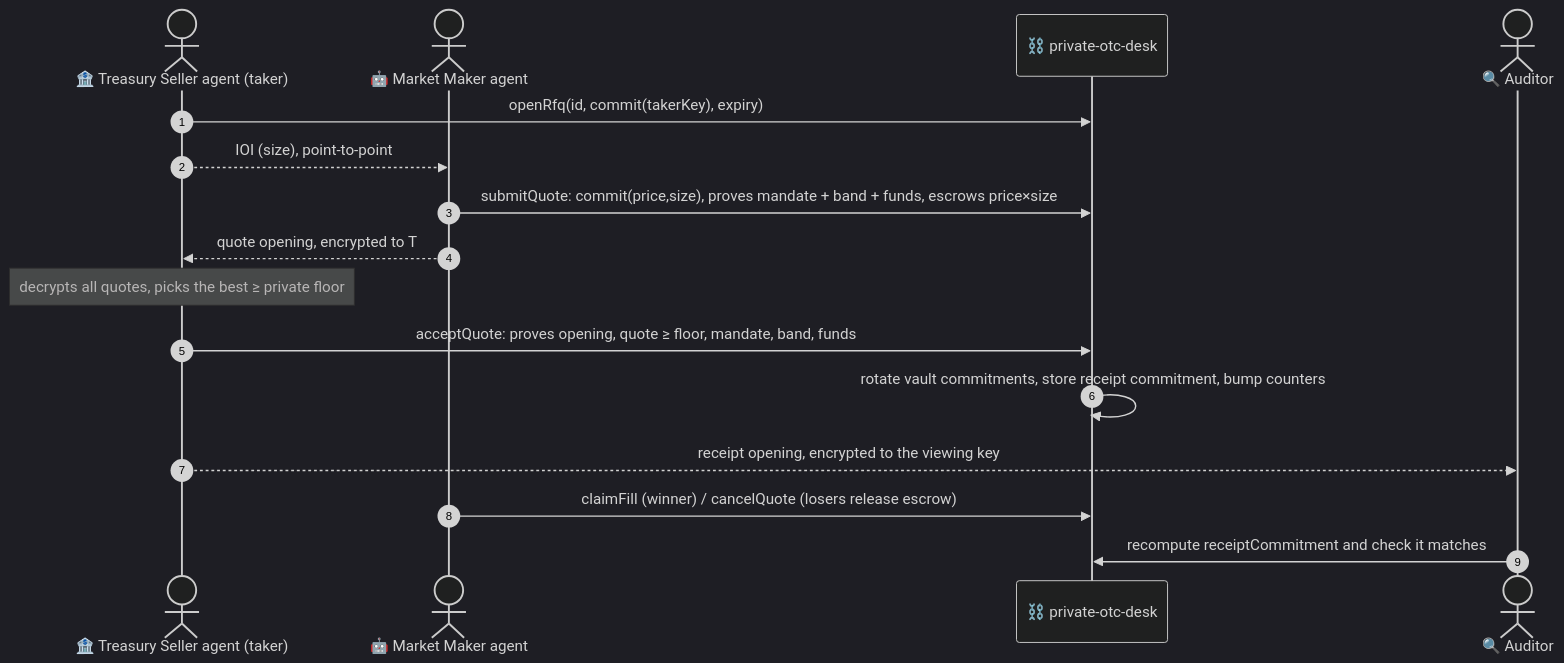
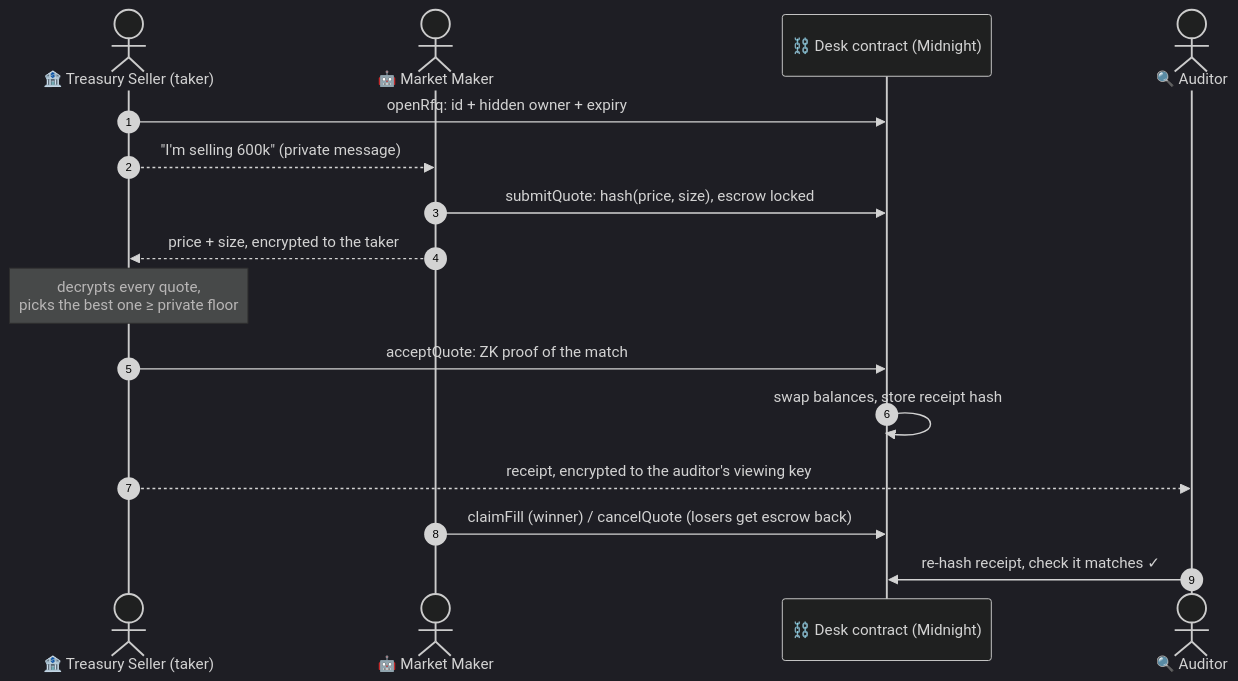
The second of 9 diagrams in README.md (avishrakshe/Private-OTC-Agent-Desk-On-Midnight-), drawn with Mermaid (dark theme) before and after one commit. The commit also changed other lines of this file, not shown here.

Commit message:
docs(readme): rewrite README around the sealed RFQ desk with diagrams and site tour

````diff
--- a/README.md
+++ b/README.md
@@ -108,19 +96,19 @@
 ```mermaid
 sequenceDiagram
     autonumber
-    actor T as 🏦 Treasury Seller agent (taker)
-    actor M as 🤖 Market Maker agent
-    participant C as ⛓️ private-otc-desk
+    actor T as 🏦 Treasury Seller (taker)
+    actor M as 🤖 Market Maker
+    participant C as ⛓️ Desk contract (Midnight)
     actor A as 🔍 Auditor
 
-    T->>C: openRfq(id, commit(takerKey), expiry)
-    T-->>M: IOI (size), point-to-point
-    M->>C: submitQuote: commit(price,size), proves mandate + band + funds, escrows price×size
-    M-->>T: quote opening, encrypted to T
-    Note over T: decrypts all quotes, picks the best ≥ private floor
-    T->>C: acceptQuote: proves opening, quote ≥ floor, mandate, band, funds
-    C->>C: rotate vault commitments, store receipt commitment, bump counters
-    T-->>A: receipt opening, encrypted to the viewing key
-    M->>C: claimFill (winner) / cancelQuote (losers release escrow)
-    A->>C: recompute receiptCommitment and check it matches
+    T->>C: openRfq: id + hidden owner + expiry
+    T-->>M: "I'm selling 600k" (private message)
+    M->>C: submitQuote: hash(price, size), escrow locked
+    M-->>T: price + size, encrypted to the taker
+    Note over T: decrypts every quote,<br/>picks the best one ≥ private floor
+    T->>C: acceptQuote: ZK proof of the match
+    C->>C: swap balances, store receipt hash
+    T-->>A: receipt, encrypted to the auditor's viewing key
+    M->>C: claimFill (winner) / cancelQuote (losers get escrow back)
+    A->>C: re-hash receipt, check it matches ✓
 ```
````
